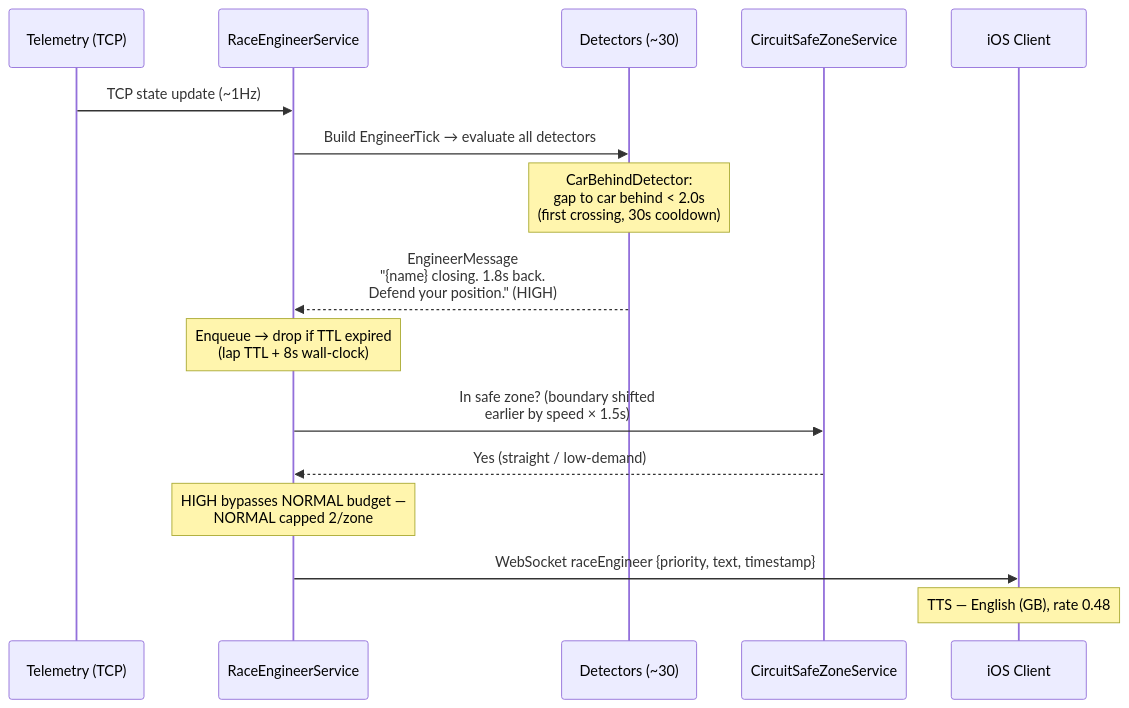
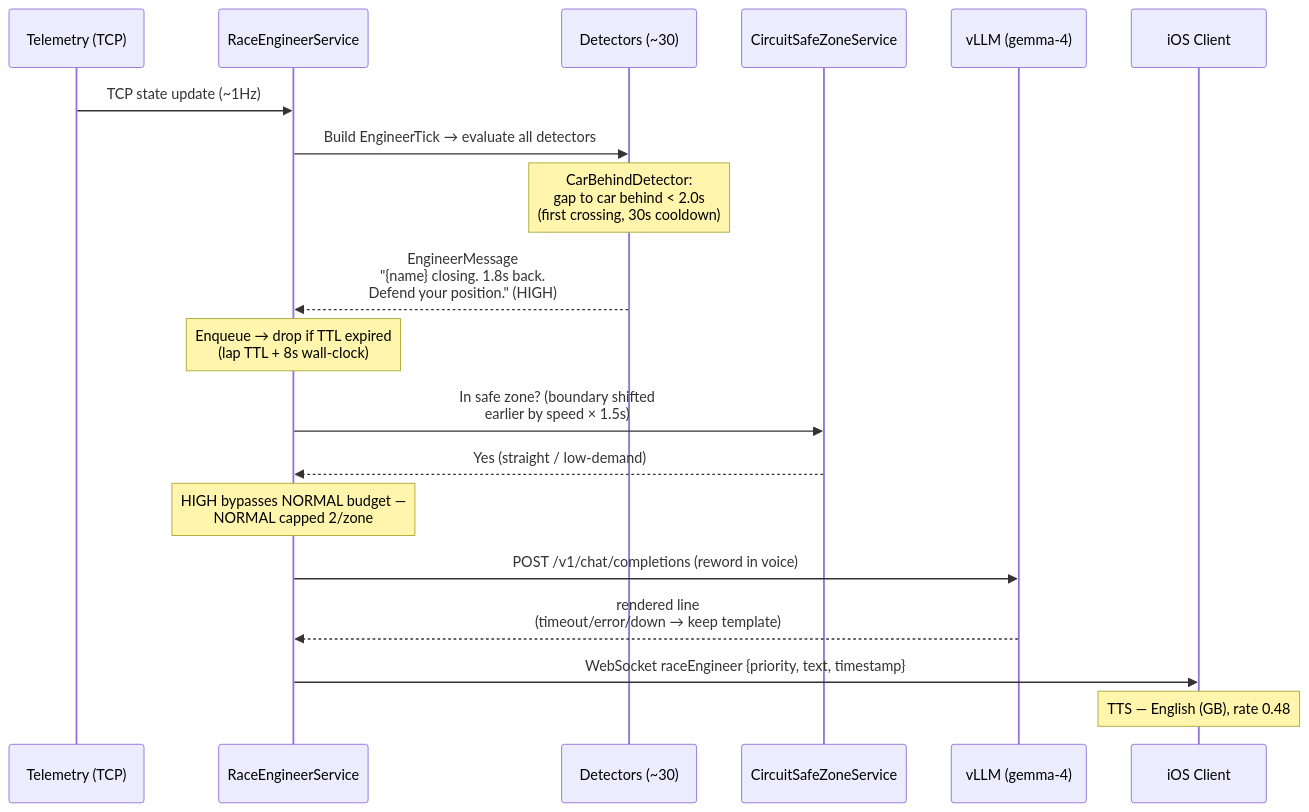
The eighth of 10 diagrams in design/06-INTEGRATION.md (vmleon/f12025-race-strategy-simulation), drawn with Mermaid before and after one commit. The commit also changed other lines of this file and 4 other files, not shown here.

Commit message:
docs: document vLLM component across diagrams and chapters

````diff
--- a/design/06-INTEGRATION.md
+++ b/design/06-INTEGRATION.md
@@ -328,19 +340,22 @@
 ```mermaid
 sequenceDiagram
     participant Tele as Telemetry (TCP)
     participant Eng as RaceEngineerService
     participant Det as Detectors (~30)
     participant SZ as CircuitSafeZoneService
+    participant LLM as vLLM (gemma-4)
     participant iOS as iOS Client
 
     Tele->>Eng: TCP state update (~1Hz)
     Eng->>Det: Build EngineerTick → evaluate all detectors
     Note over Det: CarBehindDetector:<br/>gap to car behind < 2.0s<br/>(first crossing, 30s cooldown)
     Det-->>Eng: EngineerMessage<br/>"{name} closing. 1.8s back.<br/>Defend your position." (HIGH)
     Note over Eng: Enqueue → drop if TTL expired<br/>(lap TTL + 8s wall-clock)
     Eng->>SZ: In safe zone? (boundary shifted<br/>earlier by speed × 1.5s)
     SZ-->>Eng: Yes (straight / low-demand)
     Note over Eng: HIGH bypasses NORMAL budget —<br/>NORMAL capped 2/zone
+    Eng->>LLM: POST /v1/chat/completions (reword in voice)
+    LLM-->>Eng: rendered line<br/>(timeout/error/down → keep template)
     Eng->>iOS: WebSocket raceEngineer {priority, text, timestamp}
     Note over iOS: TTS — English (GB), rate 0.48
 ```
````
